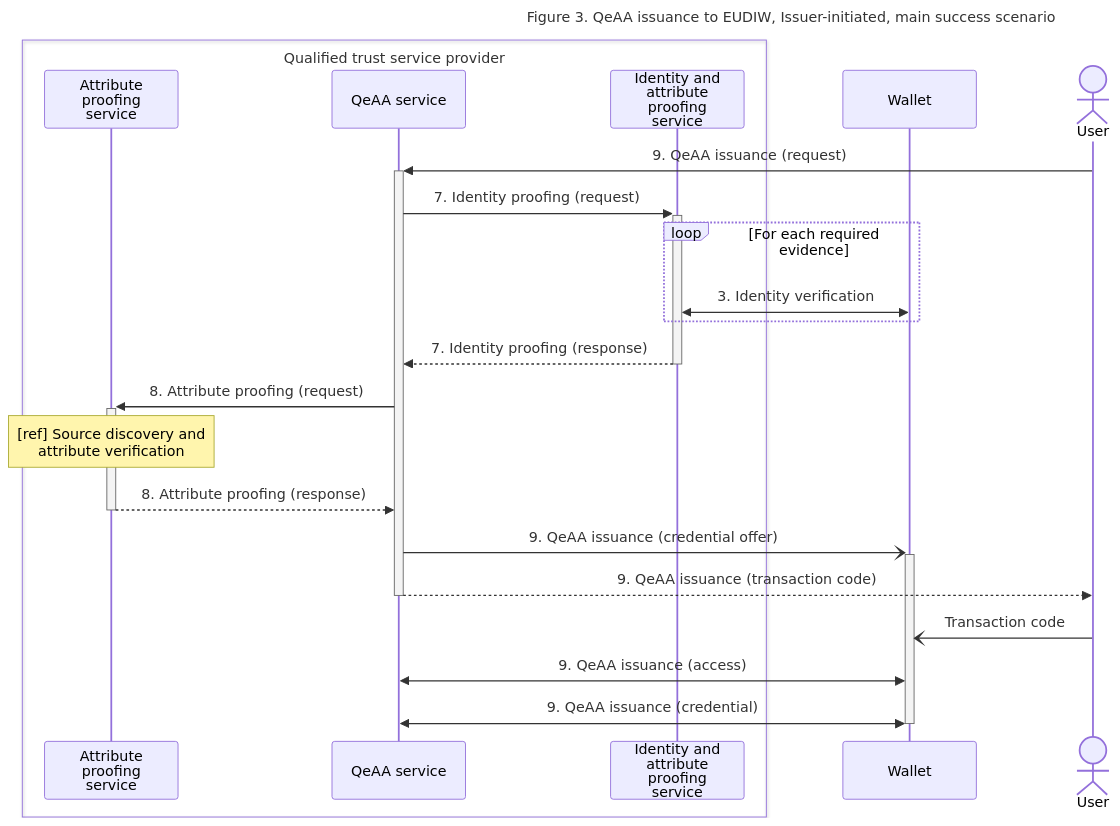
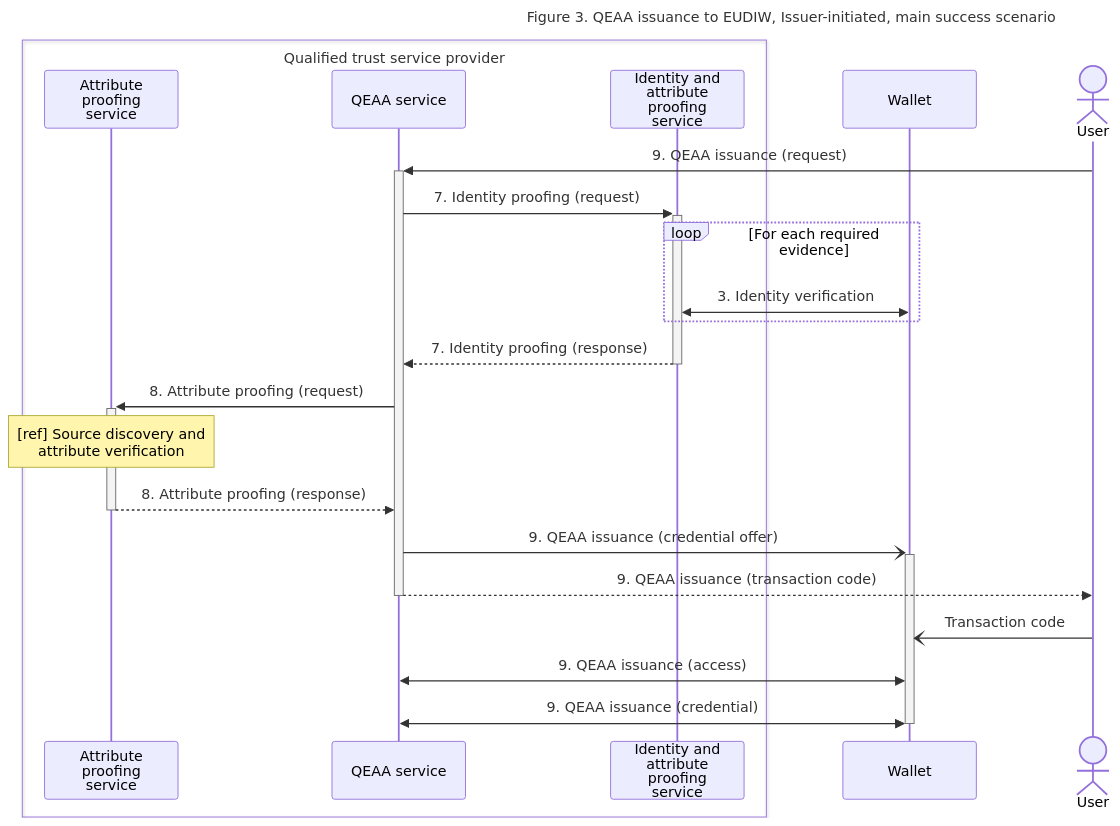
One commit to webuild-consortium/wp4-qtsp-group changed the third of 4 diagrams in docs/qeaa/architecture.md. Above: the diagram before and after it, drawn with Mermaid. The commit also changed other lines of this file and 1 other file, not shown here.

````diff
--- a/docs/qeaa/architecture.md
+++ b/docs/qeaa/architecture.md
@@ -172,27 +172,27 @@
 ```mermaid
 ---
-title: Figure 3. QeAA issuance to EUDIW, Issuer-initiated, main success scenario
+title: Figure 3. QEAA issuance to EUDIW, Issuer-initiated, main success scenario
 ---
 sequenceDiagram
 box Qualified trust service provider
     participant APS as Attribute<br>proofing<br>service
-    participant EAAS as QeAA service
+    participant EAAS as QEAA service
     participant IPS as Identity and<br>attribute<br>proofing<br>service
 end
 participant Wallet
 actor User
-User ->>+ EAAS : 9. QeAA issuance (request)
+User ->>+ EAAS : 9. QEAA issuance (request)
 EAAS ->>+ IPS : 7. Identity proofing (request)
 loop For each required evidence
     IPS <<->> Wallet : 3. Identity verification
 end
 IPS -->>- EAAS : 7. Identity proofing (response)
 EAAS ->>+ APS : 8. Attribute proofing (request)
 note over APS : [ref] Source discovery and<br>attribute verification
 APS -->>- EAAS : 8. Attribute proofing (response)
-EAAS -)+ Wallet : 9. QeAA issuance (credential offer)
-EAAS -->>- User : 9. QeAA issuance (transaction code)
+EAAS -)+ Wallet : 9. QEAA issuance (credential offer)
+EAAS -->>- User : 9. QEAA issuance (transaction code)
 User -) Wallet : Transaction code
-Wallet <<->> EAAS : 9. QeAA issuance (access)
-Wallet <<->>- EAAS : 9. QeAA issuance (credential)
+Wallet <<->> EAAS : 9. QEAA issuance (access)
+Wallet <<->>- EAAS : 9. QEAA issuance (credential)
 ```
````
